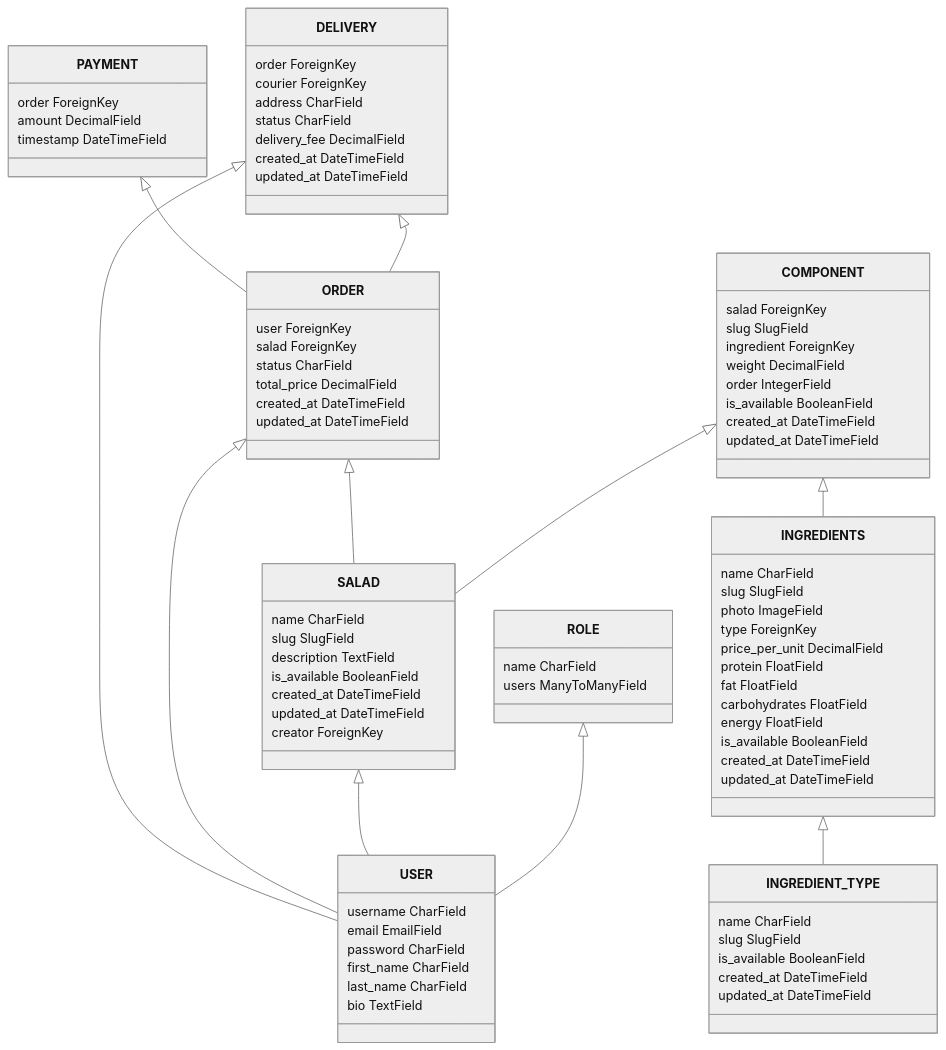
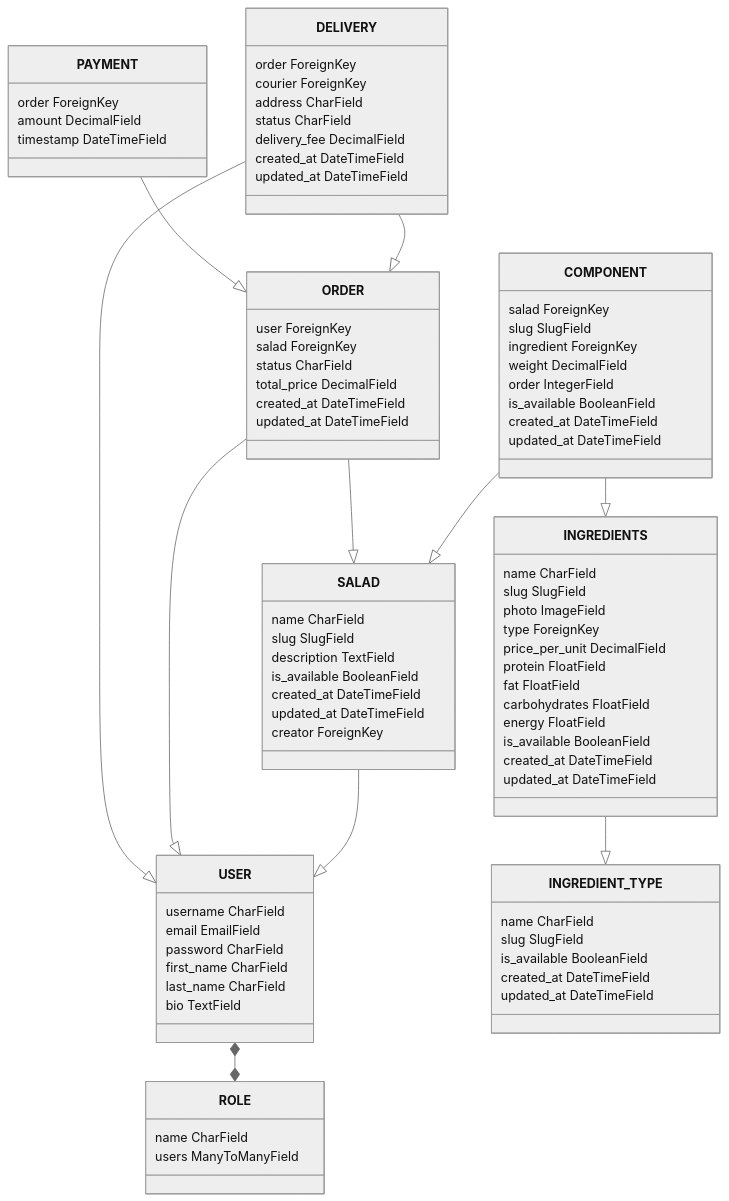
Before and after one commit to ya-yura/salatik: the first of 2 diagrams in README.md, drawn with Mermaid (neutral theme).

````diff
--- a/README.md
+++ b/README.md
@@ -162,14 +162,14 @@
         created_at DateTimeField
         updated_at DateTimeField
     }
-    PAYMENT <|-- ORDER
-    DELIVERY <|-- ORDER
-    DELIVERY <|-- USER
-    ORDER <|-- USER
-    ORDER <|-- SALAD
-    COMPONENT <|-- SALAD
-    COMPONENT <|-- INGREDIENTS
-    SALAD <|-- USER
-    INGREDIENTS <|-- INGREDIENT_TYPE
-    ROLE <|-- USER
+    PAYMENT --|> ORDER
+    DELIVERY --|> ORDER
+    DELIVERY --|> USER
+    ORDER --|> USER
+    ORDER --|> SALAD
+    COMPONENT --|> SALAD
+    COMPONENT --|> INGREDIENTS
+    SALAD --|> USER
+    INGREDIENTS --|> INGREDIENT_TYPE
+    USER *--* ROLE
 ```
````
